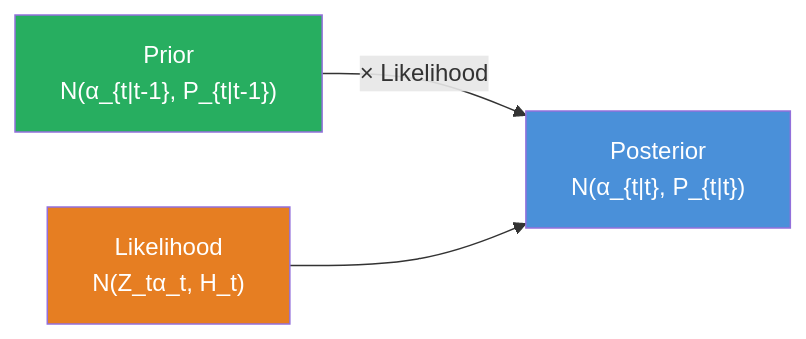
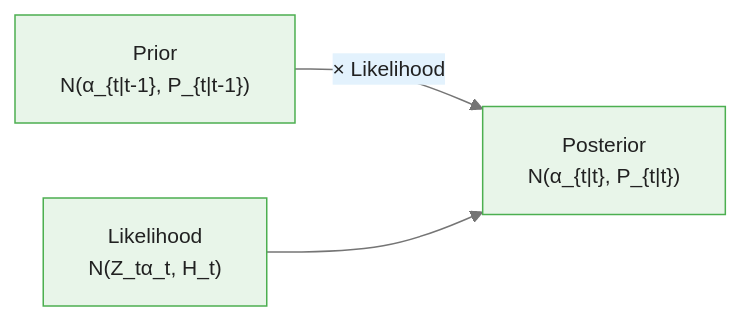
Before and after one commit to m-deane/course-creator: the second of 3 diagrams in courses/bayesian-commodity-forecasting/modules/module_03_state_space/guides/02_kalman_filter_slides.md, drawn with Mermaid. The commit also changed other lines of this file and 104 other files, not shown here.

````diff
--- a/courses/bayesian-commodity-forecasting/modules/module_03_state_space/guides/02_kalman_filter_slides.md
+++ b/courses/bayesian-commodity-forecasting/modules/module_03_state_space/guides/02_kalman_filter_slides.md
@@ -106,8 +120,6 @@
 ```mermaid
+%%{init: {"theme": "base", "themeVariables": {"primaryColor": "#e8f5e9", "primaryBorderColor": "#4caf50", "primaryTextColor": "#212121", "secondaryColor": "#e3f2fd", "tertiaryColor": "#fff8e1", "lineColor": "#757575", "fontFamily": "Inter, sans-serif", "fontSize": "14px"}}}%%
 flowchart LR
     Prior["Prior\nN(α_{t|t-1}, P_{t|t-1})"] -->|"× Likelihood"| Post["Posterior\nN(α_{t|t}, P_{t|t})"]
     Lik["Likelihood\nN(Z_tα_t, H_t)"] --> Post
-    style Prior fill:#27ae60,color:#fff
-    style Lik fill:#e67e22,color:#fff
-    style Post fill:#4a90d9,color:#fff
 ```
````
